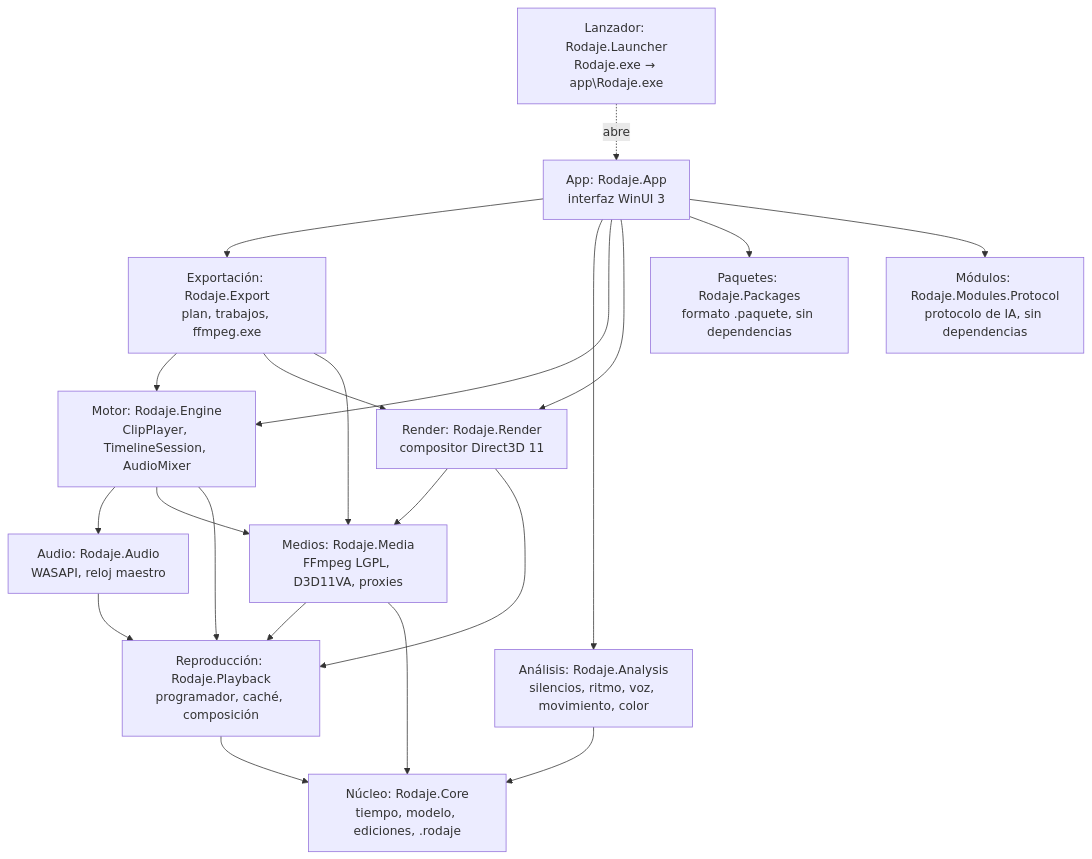
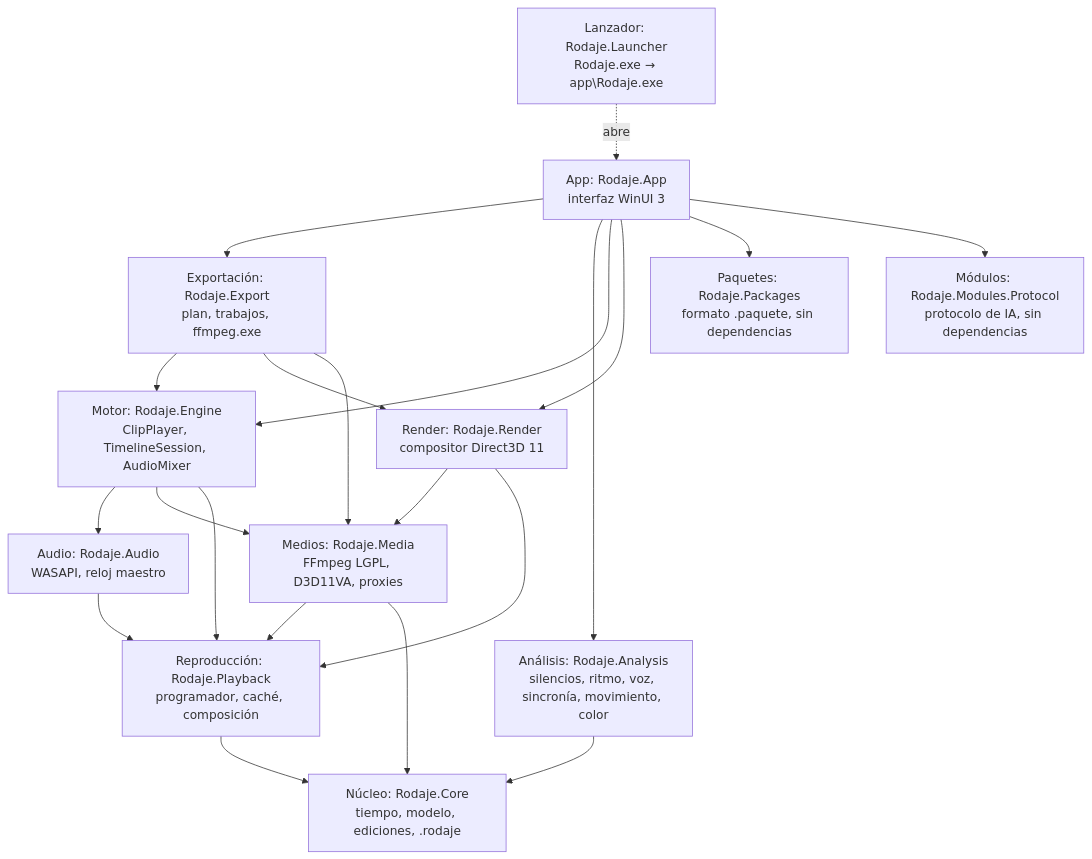
Before and after one commit to Dathinel/rodaje: the diagram in docs/arquitectura/README.md, drawn with Mermaid. The commit also changed other lines of this file and 71 other files, not shown here.

````diff
--- a/docs/arquitectura/README.md
+++ b/docs/arquitectura/README.md
@@ -5,35 +5,35 @@
 ```mermaid
 flowchart TB
     Launcher["Lanzador: Rodaje.Launcher<br/>Rodaje.exe → app\Rodaje.exe"]
     App["App: Rodaje.App<br/>interfaz WinUI 3"]
     Export["Exportación: Rodaje.Export<br/>plan, trabajos, ffmpeg.exe"]
-    Analysis["Análisis: Rodaje.Analysis<br/>silencios, ritmo, voz, movimiento, color"]
+    Analysis["Análisis: Rodaje.Analysis<br/>silencios, ritmo, voz, sincronía, movimiento, color"]
     Engine["Motor: Rodaje.Engine<br/>ClipPlayer, TimelineSession, AudioMixer"]
     Render["Render: Rodaje.Render<br/>compositor Direct3D 11"]
     Audio["Audio: Rodaje.Audio<br/>WASAPI, reloj maestro"]
     Media["Medios: Rodaje.Media<br/>FFmpeg LGPL, D3D11VA, proxies"]
     Playback["Reproducción: Rodaje.Playback<br/>programador, caché, composición"]
     Core["Núcleo: Rodaje.Core<br/>tiempo, modelo, ediciones, .rodaje"]
     Paquetes["Paquetes: Rodaje.Packages<br/>formato .paquete, sin dependencias"]
     Modulos["Módulos: Rodaje.Modules.Protocol<br/>protocolo de IA, sin dependencias"]
     Launcher -.->|"abre"| App
     App --> Export
     App --> Analysis
     App --> Engine
     App --> Render
     App --> Paquetes
     App --> Modulos
     Export --> Engine
     Export --> Render
     Export --> Media
     Analysis --> Core
     Engine --> Audio
     Engine --> Media
     Engine --> Playback
     Render --> Media
     Render --> Playback
     Audio --> Playback
     Media --> Playback
     Media --> Core
     Playback --> Core
 ```
````
